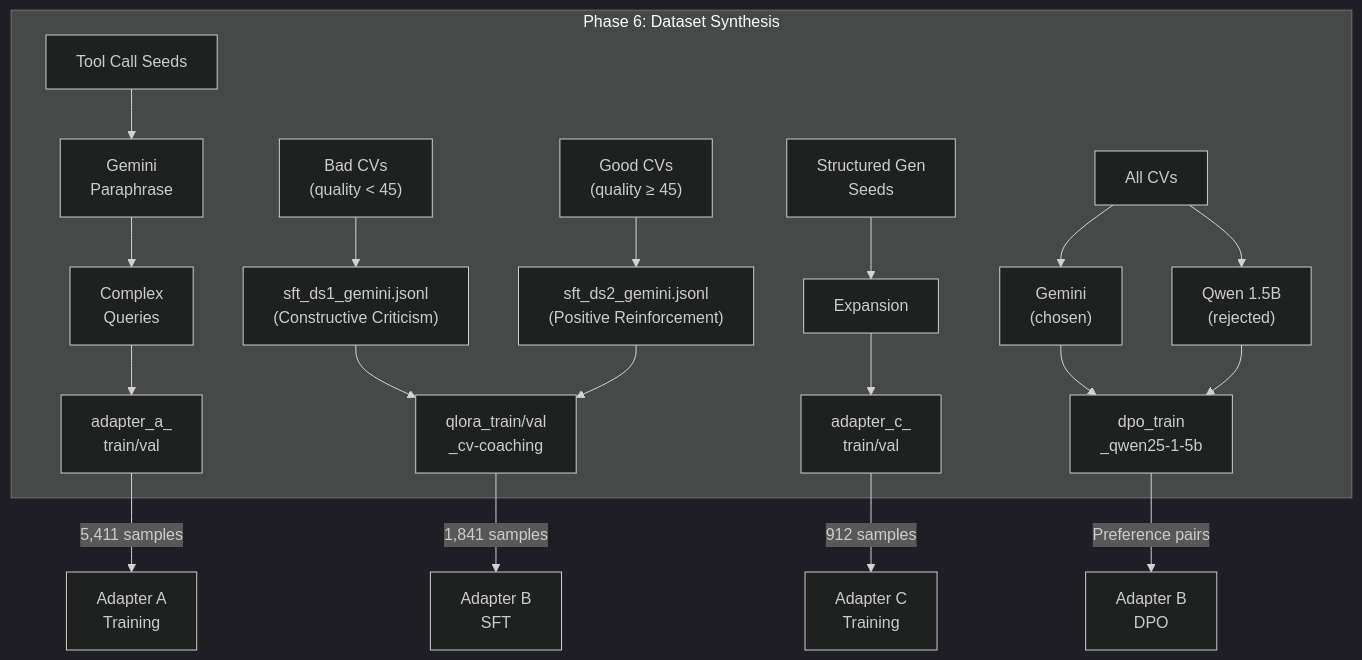
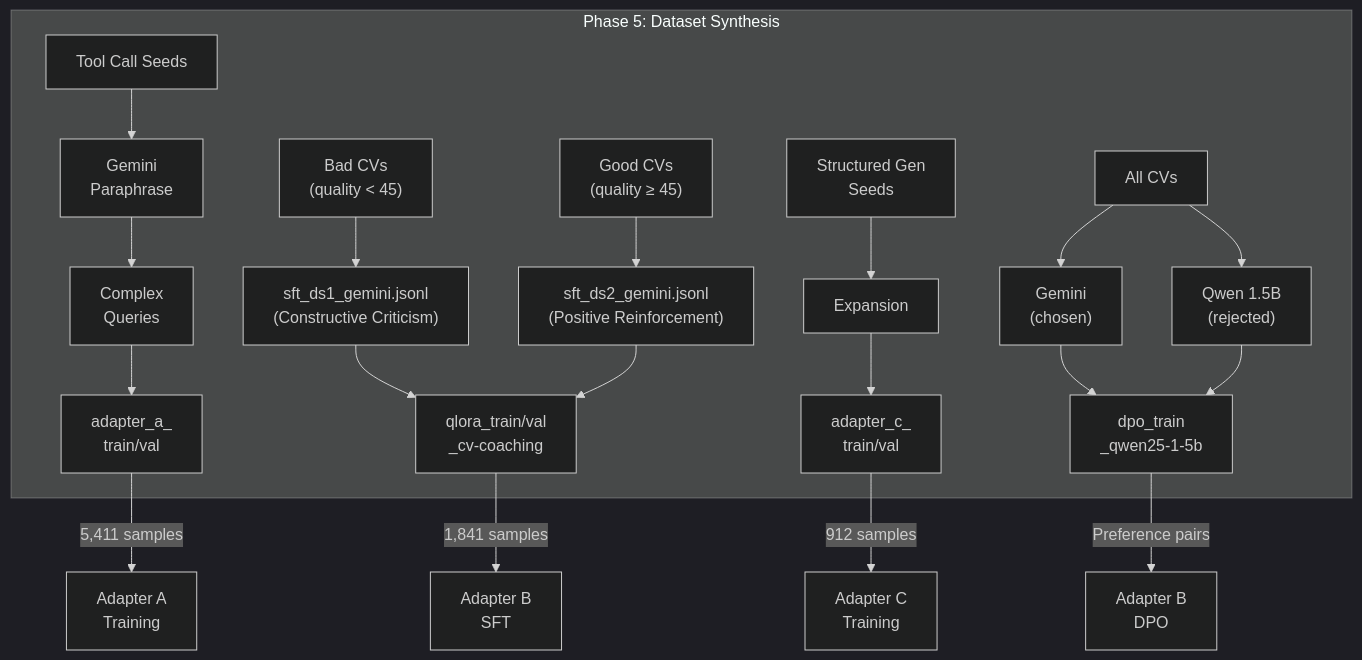
Before and after one commit to Vinhnguyen1227/Job-Market-Analytics-Platform: the fourth of 5 diagrams in chapter_8_thesis_1.md, drawn with Mermaid (dark theme). The commit also changed other lines of this file and 36 other files, not shown here.

````diff
--- a/chapter_8_thesis_1.md
+++ b/chapter_8_thesis_1.md
@@ -376,23 +376,23 @@
 ```mermaid
 flowchart TD
-    subgraph "Phase 6: Dataset Synthesis"
+    subgraph "Phase 5: Dataset Synthesis"
         CV_GOOD["Good CVs\n(quality ≥ 45)"] --> DS2["sft_ds2_gemini.jsonl\n(Positive Reinforcement)"]
         CV_BAD["Bad CVs\n(quality < 45)"] --> DS1["sft_ds1_gemini.jsonl\n(Constructive Criticism)"]
 
         SEEDS_A["Tool Call Seeds"] --> PARA["Gemini\nParaphrase"] --> COMPLEX_A["Complex\nQueries"] --> MERGE_A["adapter_a_\ntrain/val"]
         SEEDS_C["Structured Gen\nSeeds"] --> EXPAND_C["Expansion"] --> MERGE_C["adapter_c_\ntrain/val"]
 
         DS1 --> MERGE_B["qlora_train/val\n_cv-coaching"]
         DS2 --> MERGE_B
 
         CV_ALL["All CVs"] --> GEMINI_DPO["Gemini\n(chosen)"]
         CV_ALL --> SLM_DPO["Qwen 1.5B\n(rejected)"]
         GEMINI_DPO --> DPO_OUT["dpo_train\n_qwen25-1-5b"]
         SLM_DPO --> DPO_OUT
     end
 
     MERGE_A -->|"5,411 samples"| P7A["Adapter A\nTraining"]
     MERGE_B -->|"1,841 samples"| P7B["Adapter B\nSFT"]
     MERGE_C -->|"912 samples"| P7C["Adapter C\nTraining"]
     DPO_OUT -->|"Preference pairs"| P7D["Adapter B\nDPO"]
 ```
````
